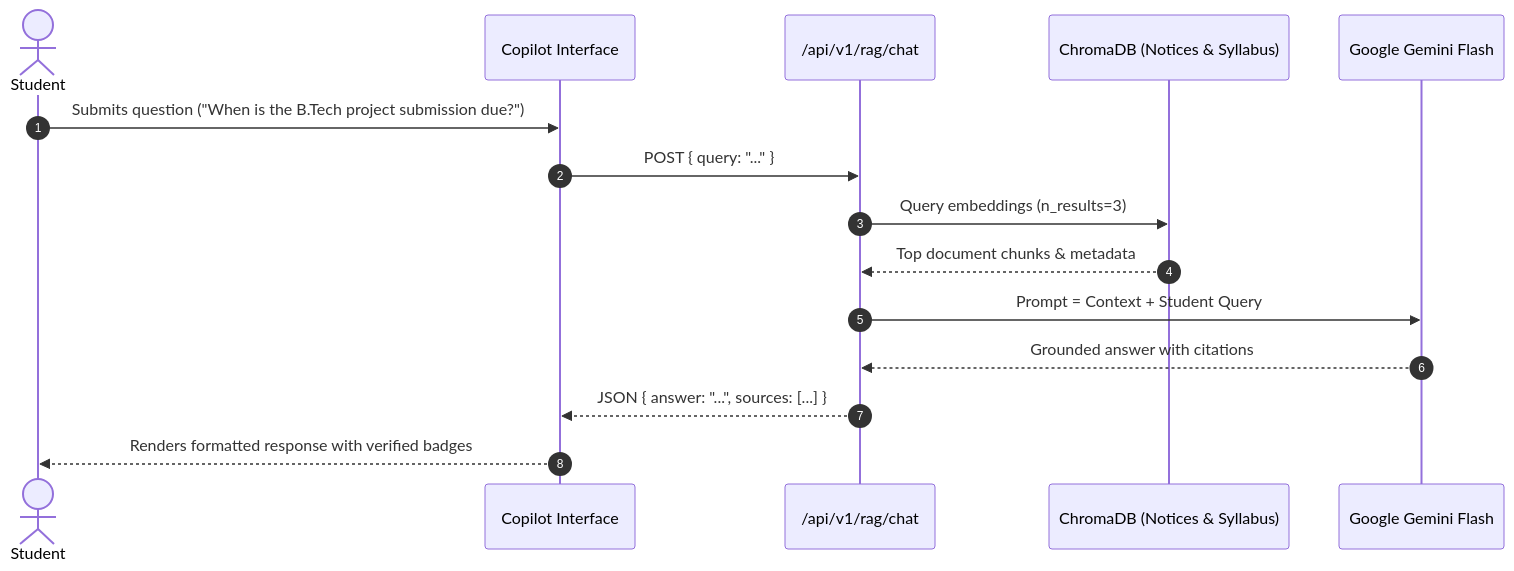
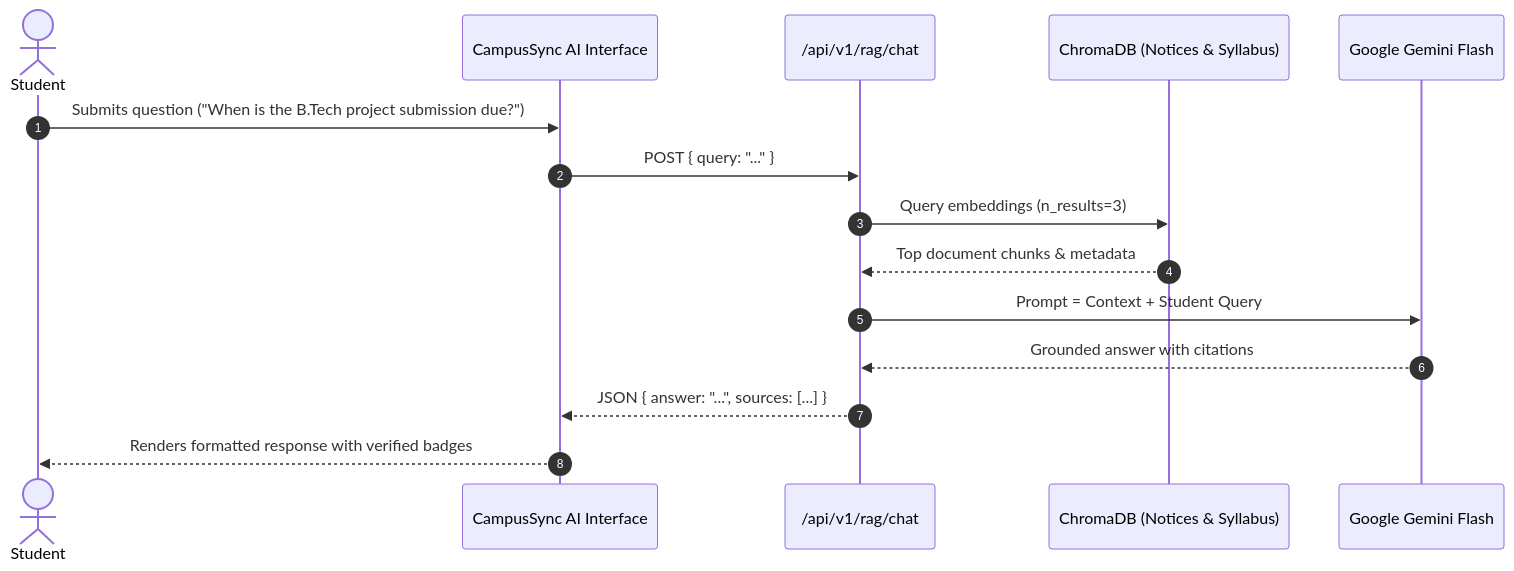
The second of 2 diagrams in ARCHITECTURE.md (AshwaniSharma06/CampusSync), drawn with Mermaid before and after one commit. The commit also changed other lines of this file and 18 other files, not shown here.

Commit message:
feat(ai): integrate official google-genai SDK, remove Copilot branding, and standardize CampusSync AI

````diff
--- a/ARCHITECTURE.md
+++ b/ARCHITECTURE.md
@@ -65,18 +65,18 @@
 ```mermaid
 sequenceDiagram
     autonumber
     actor Student
-    participant UI as Copilot Interface
+    participant UI as CampusSync AI Interface
     participant FastAPIRouter as /api/v1/rag/chat
     participant VectorDB as ChromaDB (Notices & Syllabus)
     participant LLM as Google Gemini Flash
 
     Student->>UI: Submits question ("When is the B.Tech project submission due?")
     UI->>FastAPIRouter: POST { query: "..." }
     FastAPIRouter->>VectorDB: Query embeddings (n_results=3)
     VectorDB-->>FastAPIRouter: Top document chunks & metadata
     FastAPIRouter->>LLM: Prompt = Context + Student Query
     LLM-->>FastAPIRouter: Grounded answer with citations
     FastAPIRouter-->>UI: JSON { answer: "...", sources: [...] }
     UI-->>Student: Renders formatted response with verified badges
 ```
````
